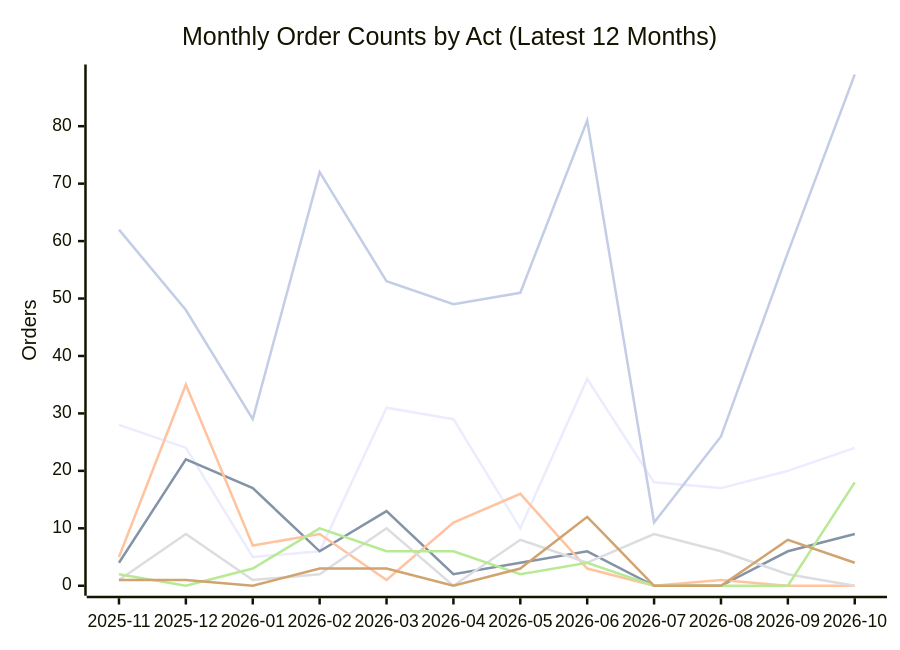
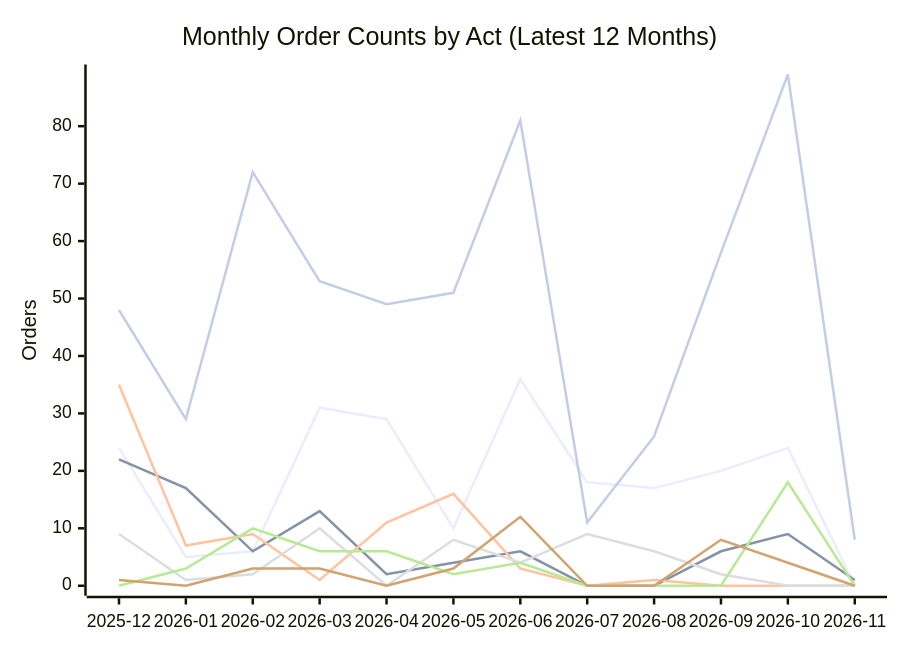
One commit to PatLittle/oic-data changed the second of 2 diagrams in README.md. Above: the diagram before and after it, drawn with Mermaid. The commit also changed other lines of this file and 19 other files, not shown here.

````diff
--- a/README.md
+++ b/README.md
@@ -71,13 +71,13 @@
 ```mermaid
 xychart-beta
     title "Monthly Order Counts by Act (Latest 12 Months)"
-    x-axis ["2025-11", "2025-12", "2026-01", "2026-02", "2026-03", "2026-04", "2026-05", "2026-06", "2026-07", "2026-08", "2026-09", "2026-10"]
+    x-axis ["2025-12", "2026-01", "2026-02", "2026-03", "2026-04", "2026-05", "2026-06", "2026-07", "2026-08", "2026-09", "2026-10", "2026-11"]
     y-axis "Orders" 0 --> 89
-    line [28, 24, 5, 6, 31, 29, 10, 36, 18, 17, 20, 24]
-    line [4, 22, 17, 6, 13, 2, 4, 6, 0, 0, 6, 9]
-    line [5, 35, 7, 9, 1, 11, 16, 3, 0, 1, 0, 0]
-    line [1, 9, 1, 2, 10, 0, 8, 4, 9, 6, 2, 0]
-    line [2, 0, 3, 10, 6, 6, 2, 4, 0, 0, 0, 18]
-    line [1, 1, 0, 3, 3, 0, 3, 12, 0, 0, 8, 4]
-    line [62, 48, 29, 72, 53, 49, 51, 81, 11, 26, 58, 89]
+    line [24, 5, 6, 31, 29, 10, 36, 18, 17, 20, 24, 0]
+    line [22, 17, 6, 13, 2, 4, 6, 0, 0, 6, 9, 1]
+    line [35, 7, 9, 1, 11, 16, 3, 0, 1, 0, 0, 0]
+    line [9, 1, 2, 10, 0, 8, 4, 9, 6, 2, 0, 0]
+    line [0, 3, 10, 6, 6, 2, 4, 0, 0, 0, 18, 0]
+    line [1, 0, 3, 3, 0, 3, 12, 0, 0, 8, 4, 0]
+    line [48, 29, 72, 53, 49, 51, 81, 11, 26, 58, 89, 8]
 ```
````
